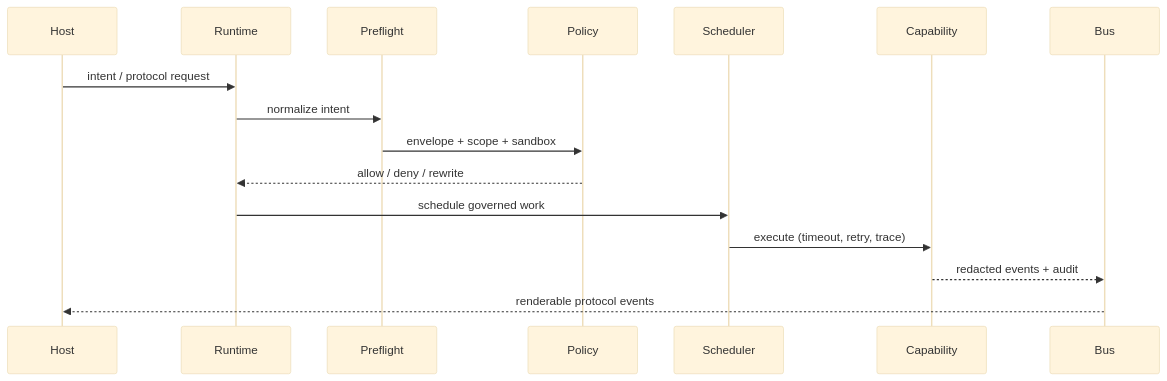
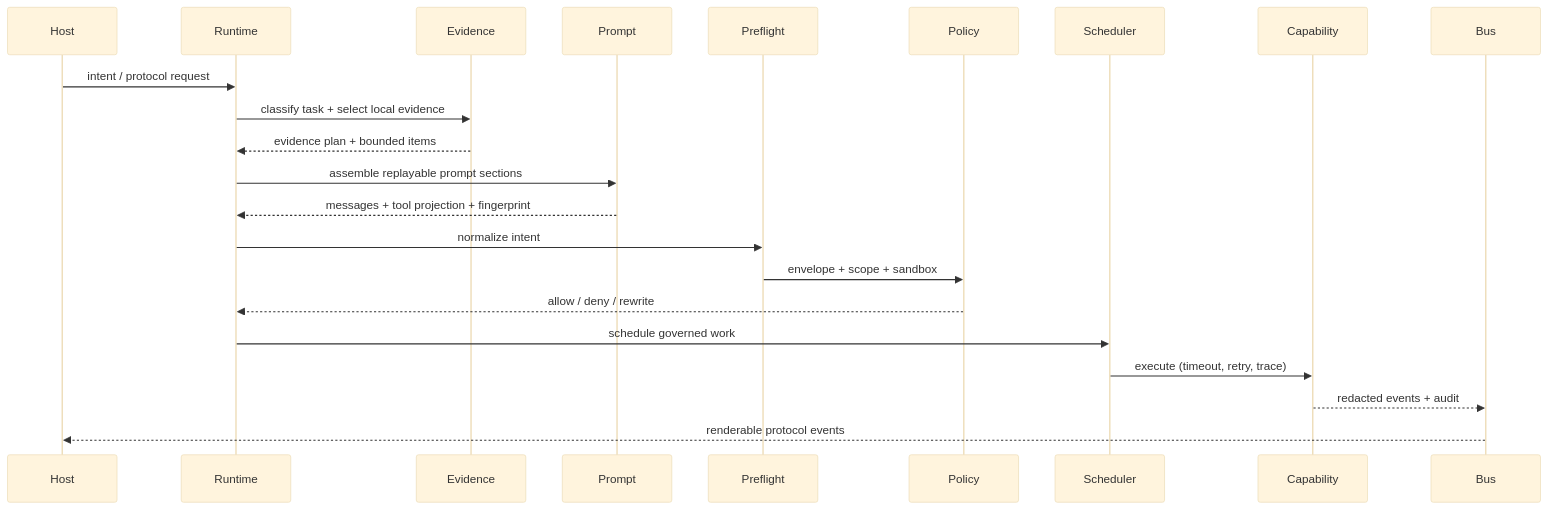
One commit to ankye/deepseek-cli changed the first of 2 diagrams in README.md. Above: the diagram before and after it, drawn with Mermaid (base theme). The commit also changed other lines of this file and 54 other files, not shown here.

````diff
--- a/README.md
+++ b/README.md
@@ -122,19 +127,25 @@
 ```mermaid
 sequenceDiagram
   participant Host
   participant Runtime
+  participant Evidence
+  participant Prompt
   participant Preflight
   participant Policy
   participant Scheduler
   participant Capability
   participant Bus
 
   Host->>Runtime: intent / protocol request
+  Runtime->>Evidence: classify task + select local evidence
+  Evidence-->>Runtime: evidence plan + bounded items
+  Runtime->>Prompt: assemble replayable prompt sections
+  Prompt-->>Runtime: messages + tool projection + fingerprint
   Runtime->>Preflight: normalize intent
   Preflight->>Policy: envelope + scope + sandbox
   Policy-->>Runtime: allow / deny / rewrite
   Runtime->>Scheduler: schedule governed work
   Scheduler->>Capability: execute (timeout, retry, trace)
   Capability-->>Bus: redacted events + audit
   Bus-->>Host: renderable protocol events
 ```
````
